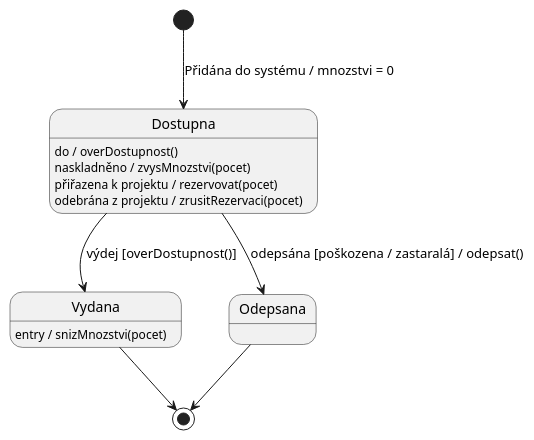
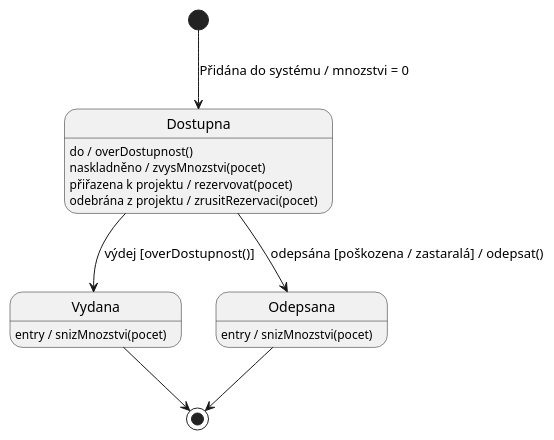
One commit to lkvapil/kOdevzdaniProjektWMS changed the diagram in diagrams/10_state_soucastka_projekt.puml. Above: the diagram before and after it, drawn with PlantUML. The commit also changed 3 other files, not shown here.

Commit message:
fix: entry snizMnozstvi() vraceno do stavu Odepsana

```diff
--- a/diagrams/10_state_soucastka_projekt.puml
+++ b/diagrams/10_state_soucastka_projekt.puml
@@ -1,22 +1,23 @@
 @startuml
 top to bottom direction
 
 [*] --> Dostupna : Přidána do systému / mnozstvi = 0
 
 Dostupna : do / overDostupnost()
 
 ' vnitřní přechody – jednorázové akce jako reakce na událost
 Dostupna : naskladněno / zvysMnozstvi(pocet)
 Dostupna : přiřazena k projektu / rezervovat(pocet)
 Dostupna : odebrána z projektu / zrusitRezervaci(pocet)
 
 ' výdej: přechod nastane pouze pokud overDostupnost() = true
 Dostupna --> Vydana   : výdej [overDostupnost()]
 Dostupna --> Odepsana : odepsána [poškozena / zastaralá] / odepsat()
 
 Vydana : entry / snizMnozstvi(pocet)
 Vydana --> [*]
 
+Odepsana : entry / snizMnozstvi(pocet)
 Odepsana --> [*]
 
 @enduml
```
